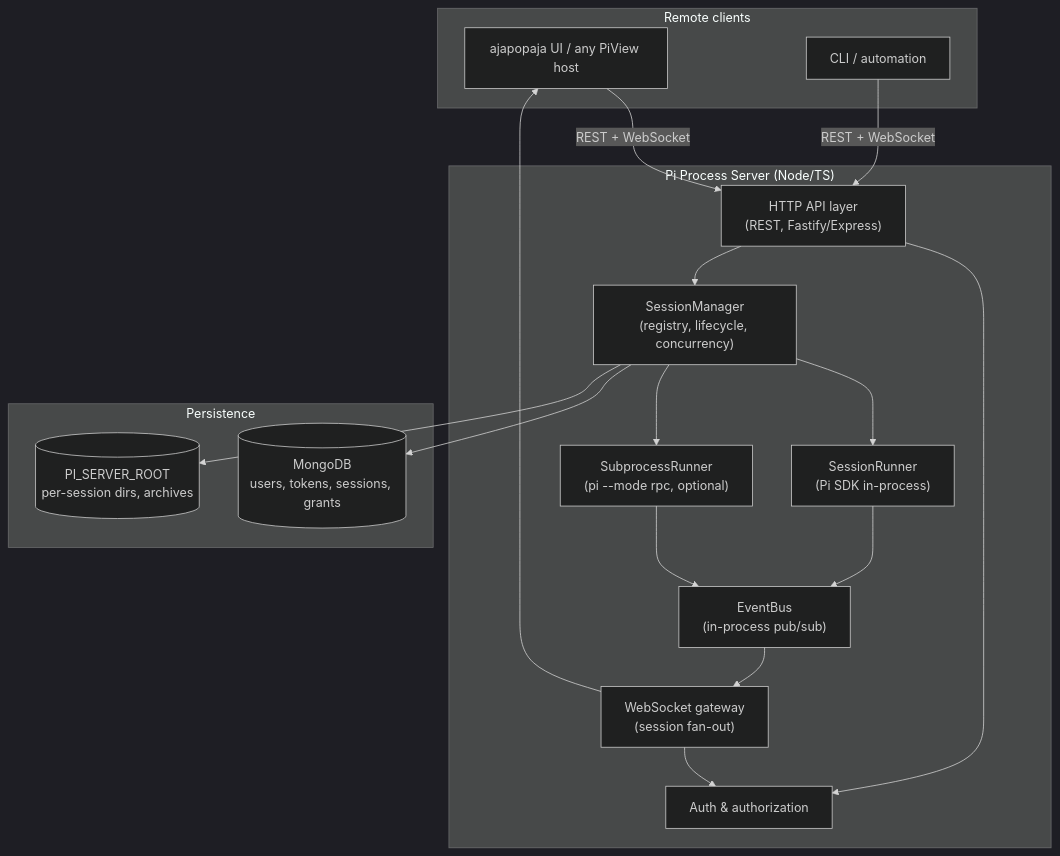
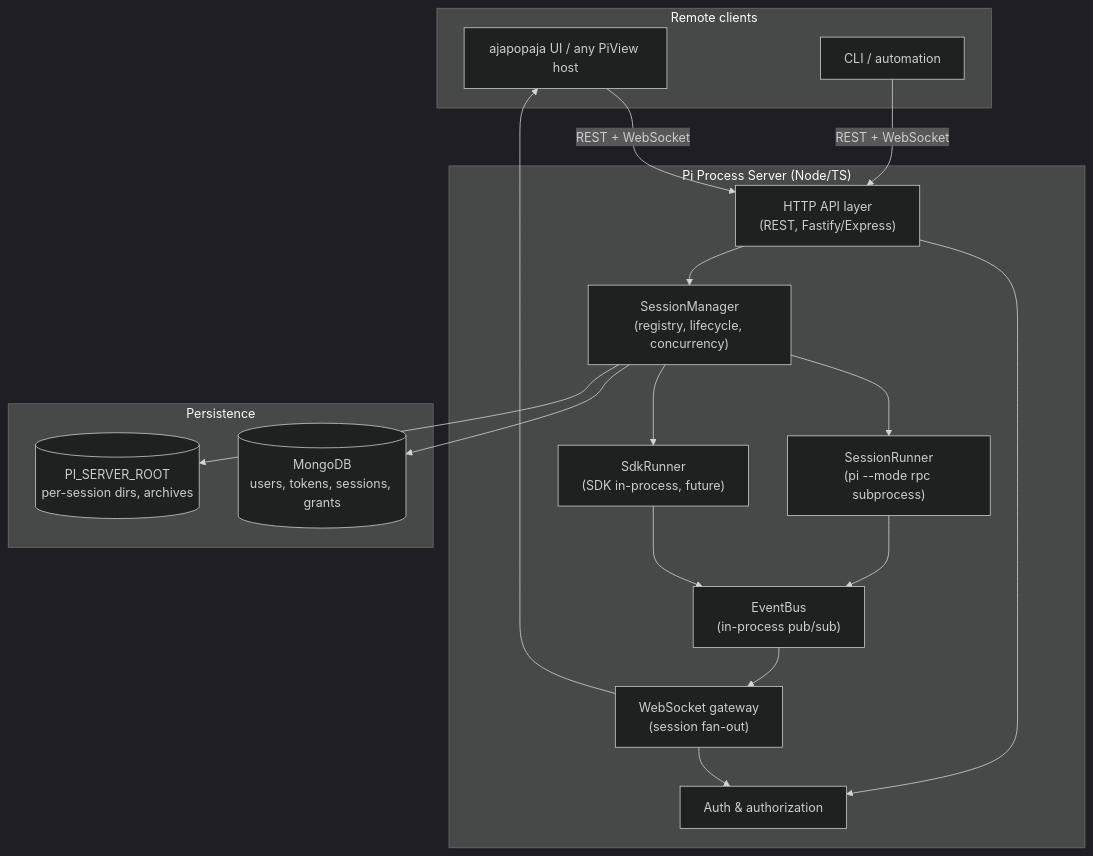
One commit to marcbaechinger/ajapopaja-build changed the first of 3 diagrams in design/pi_server/dd_architecture.md. Above: the diagram before and after it, drawn with Mermaid (dark theme). The commit also changed other lines of this file, not shown here.

First line of the commit message:
docs: default Pi process server to std-I/O subprocess transport

````diff
--- a/design/pi_server/dd_architecture.md
+++ b/design/pi_server/dd_architecture.md
@@ -54,36 +55,36 @@
 ```mermaid
 flowchart TB
     subgraph Clients["Remote clients"]
         UI["ajapopaja UI / any PiView host"]
         CLI["CLI / automation"]
     end
 
     subgraph Server["Pi Process Server (Node/TS)"]
         HTTP["HTTP API layer<br/>(REST, Fastify/Express)"]
         WS["WebSocket gateway<br/>(session fan-out)"]
         AUTH["Auth & authorization"]
         MGR["SessionManager<br/>(registry, lifecycle, concurrency)"]
-        RUN["SessionRunner<br/>(Pi SDK in-process)"]
-        SUB["SubprocessRunner<br/>(pi --mode rpc, optional)"]
+        RUN["SessionRunner<br/>(pi --mode rpc subprocess)"]
+        SUB["SdkRunner<br/>(SDK in-process, future)"]
         EVT["EventBus<br/>(in-process pub/sub)"]
     end
 
     subgraph Store["Persistence"]
         DB[("MongoDB<br/>users, tokens, sessions, grants")]
         FS[("PI_SERVER_ROOT<br/>per-session dirs, archives")]
     end
 
     UI -->|"REST + WebSocket"| HTTP
     CLI -->|"REST + WebSocket"| HTTP
     HTTP --> AUTH
     WS --> AUTH
     HTTP --> MGR
     MGR --> RUN
     MGR --> SUB
     MGR --> DB
     MGR --> FS
     RUN --> EVT
     SUB --> EVT
     EVT --> WS
     WS --> UI
 ```
````
